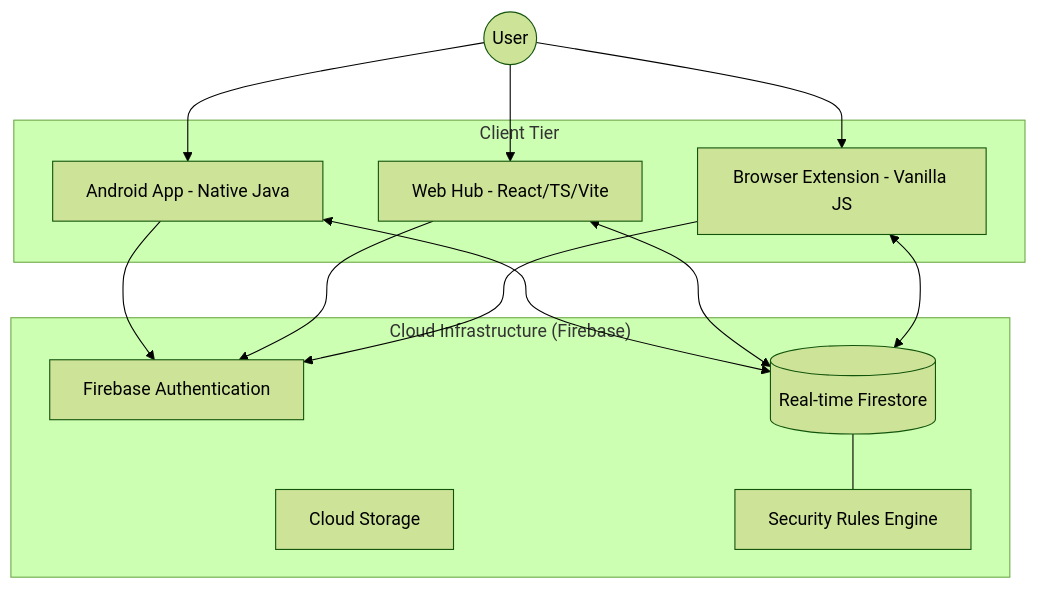
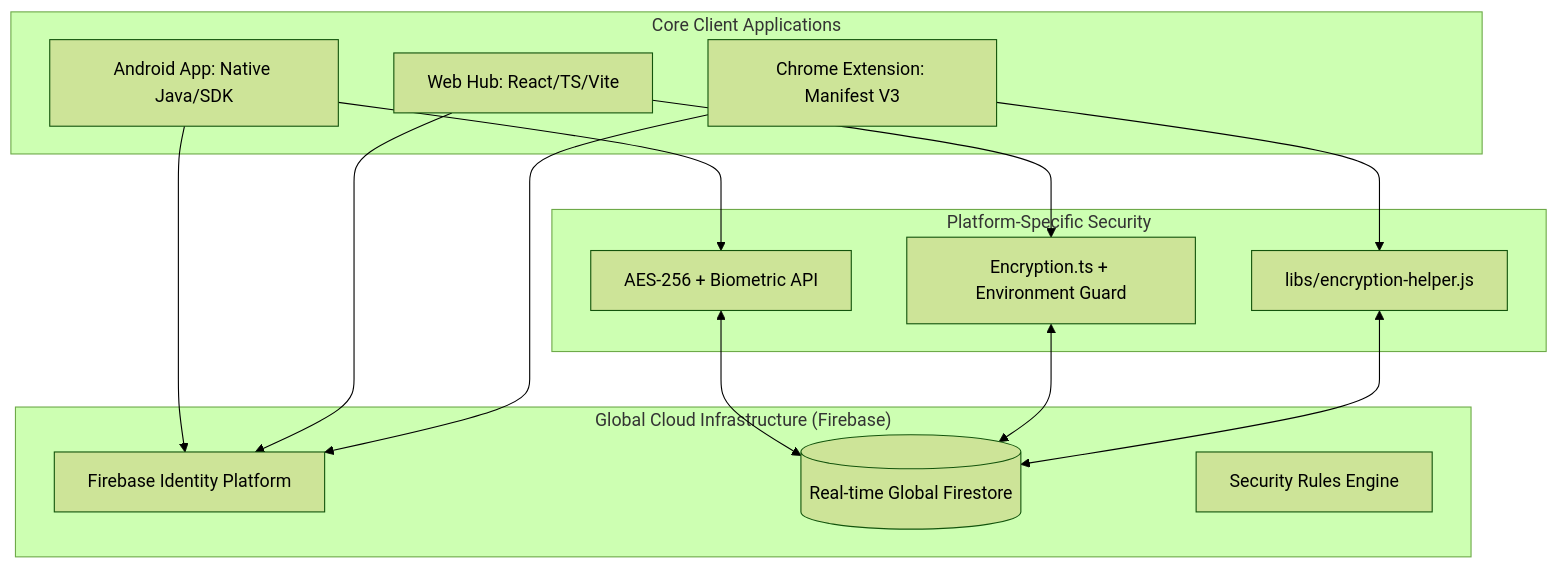
Before and after one commit to Hasaoxend/Lifehub: the first of 2 diagrams in README.md, drawn with Mermaid (forest theme). The commit also changed other lines of this file, not shown here.

````diff
--- a/README.md
+++ b/README.md
@@ -14,31 +13,32 @@
 ```mermaid
 graph TD
-    User((User))
-    
-    subgraph "Client Tier"
-        Android[Android App - Native Java]
-        Web[Web Hub - React/TS/Vite]
-        Ext[Browser Extension - Vanilla JS]
+    subgraph "Core Client Applications"
+        Android[Android App: Native Java/SDK]
+        Web[Web Hub: React/TS/Vite]
+        Ext[Chrome Extension: Manifest V3]
     end
-    
-    subgraph "Cloud Infrastructure (Firebase)"
-        Auth[Firebase Authentication]
-        Firestore[(Real-time Firestore)]
-        Storage[Cloud Storage]
+
+    subgraph "Platform-Specific Security"
+        AndroidSec[AES-256 + Biometric API]
+        WebSec[Encryption.ts + Environment Guard]
+        ExtSec[libs/encryption-helper.js]
+    end
+
+    subgraph "Global Cloud Infrastructure (Firebase)"
+        Auth[Firebase Identity Platform]
+        Firestore[(Real-time Global Firestore)]
         Rules[Security Rules Engine]
     end
-    
-    User --> Android
-    User --> Web
-    User --> Ext
-    
-    Android <--> Firestore
-    Web <--> Firestore
-    Ext <--> Firestore
-    
+
+    Android --> AndroidSec
+    Web --> WebSec
+    Ext --> ExtSec
+
+    AndroidSec <--> Firestore
+    WebSec <--> Firestore
+    ExtSec <--> Firestore
+
     Android --> Auth
     Web --> Auth
     Ext --> Auth
-    
-    Firestore --- Rules
 ```
````
